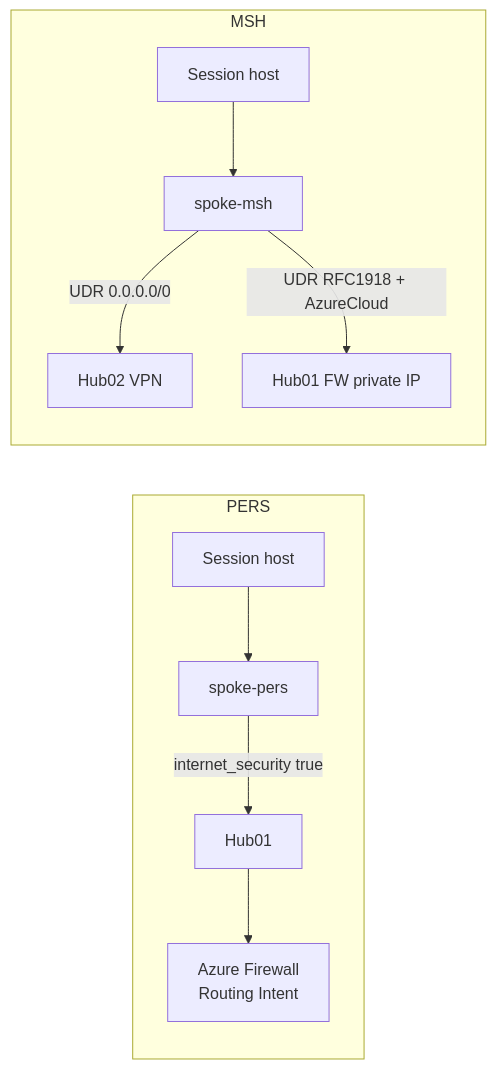
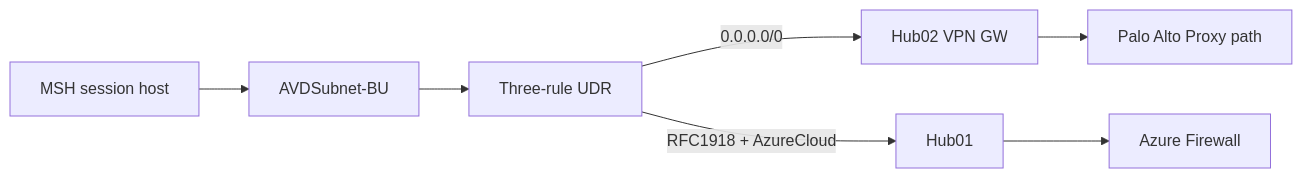
One commit to RootsReps420/AZ-2.0 changed the third of 6 diagrams in docs/dummies-guide.md. Above: the diagram before and after it, drawn with Mermaid. The commit also changed other lines of this file and 1 other file, not shown here.

````diff
--- a/docs/dummies-guide.md
+++ b/docs/dummies-guide.md
@@ -186,13 +143,14 @@
 ```mermaid
 flowchart LR
-  subgraph pers [PERS]
-    pVM[Session host] --> pNet[spoke-pers]
-    pNet -->|"internet_security true"| H1[Hub01]
-    H1 --> FW[Azure Firewall\nRouting Intent]
-  end
-  subgraph msh [MSH]
-    mVM[Session host] --> mNet[spoke-msh]
-    mNet -->|"UDR 0.0.0.0/0"| H2[Hub02 VPN]
-    mNet -->|"UDR RFC1918 + AzureCloud"| FWip[Hub01 FW private IP]
-  end
+  VM[MSH session host]
+  SN[AVDSubnet-BU]
+  UDR[Three-rule UDR]
+  H2[Hub02 VPN GW]
+  PA[Palo Alto Proxy path]
+  H1[Hub01]
+  FW[Azure Firewall]
+
+  VM --> SN --> UDR
+  UDR -->|"0.0.0.0/0"| H2 --> PA
+  UDR -->|"RFC1918 + AzureCloud"| H1 --> FW
 ```
````
